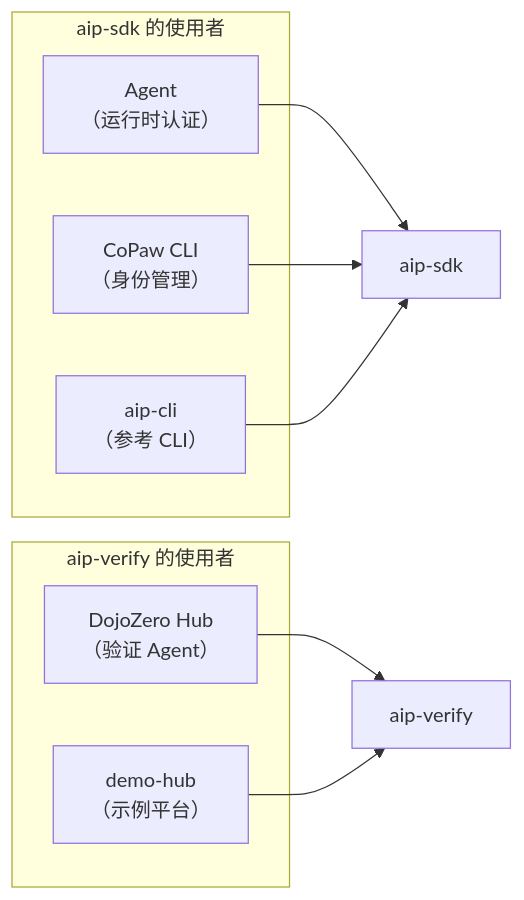
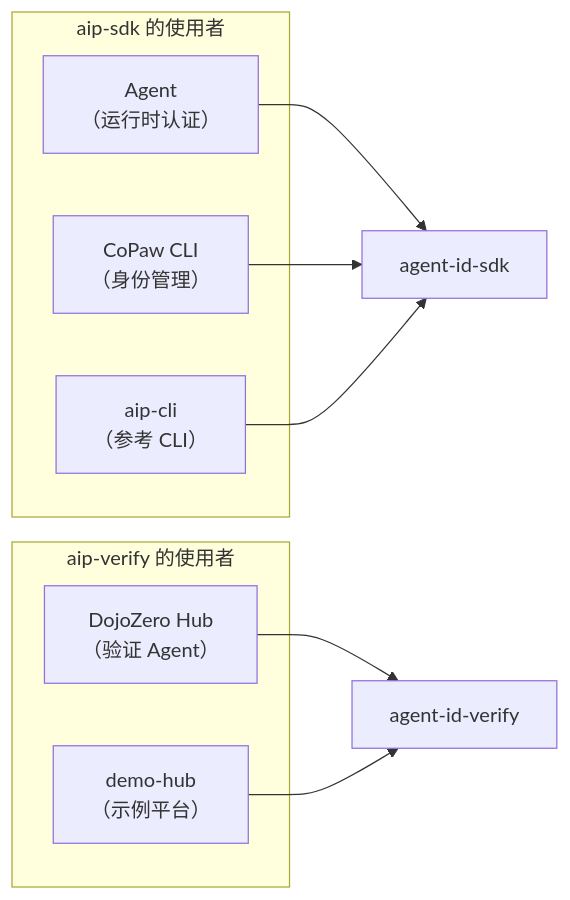
One commit to agentscope-ai/agent-identity changed the ninth of 9 diagrams in README.md. Above: the diagram before and after it, drawn with Mermaid. The commit also changed other lines of this file and 67 other files, not shown here.

````diff
--- a/README.md
+++ b/README.md
@@ -309,19 +309,19 @@
 ```mermaid
 graph LR
     subgraph "aip-sdk 的使用者"
         AGENT["Agent<br/>（运行时认证）"]
         COPAW["CoPaw CLI<br/>（身份管理）"]
         AIPCLI["aip-cli<br/>（参考 CLI）"]
     end
 
     subgraph "aip-verify 的使用者"
         DOJO["DojoZero Hub<br/>（验证 Agent）"]
         DEMOHUB["demo-hub<br/>（示例平台）"]
     end
 
-    AGENT --> SDK["aip-sdk"]
+    AGENT --> SDK["agent-id-sdk"]
     COPAW --> SDK
     AIPCLI --> SDK
-    DOJO --> VERIFY["aip-verify"]
+    DOJO --> VERIFY["agent-id-verify"]
     DEMOHUB --> VERIFY
 ```
````
